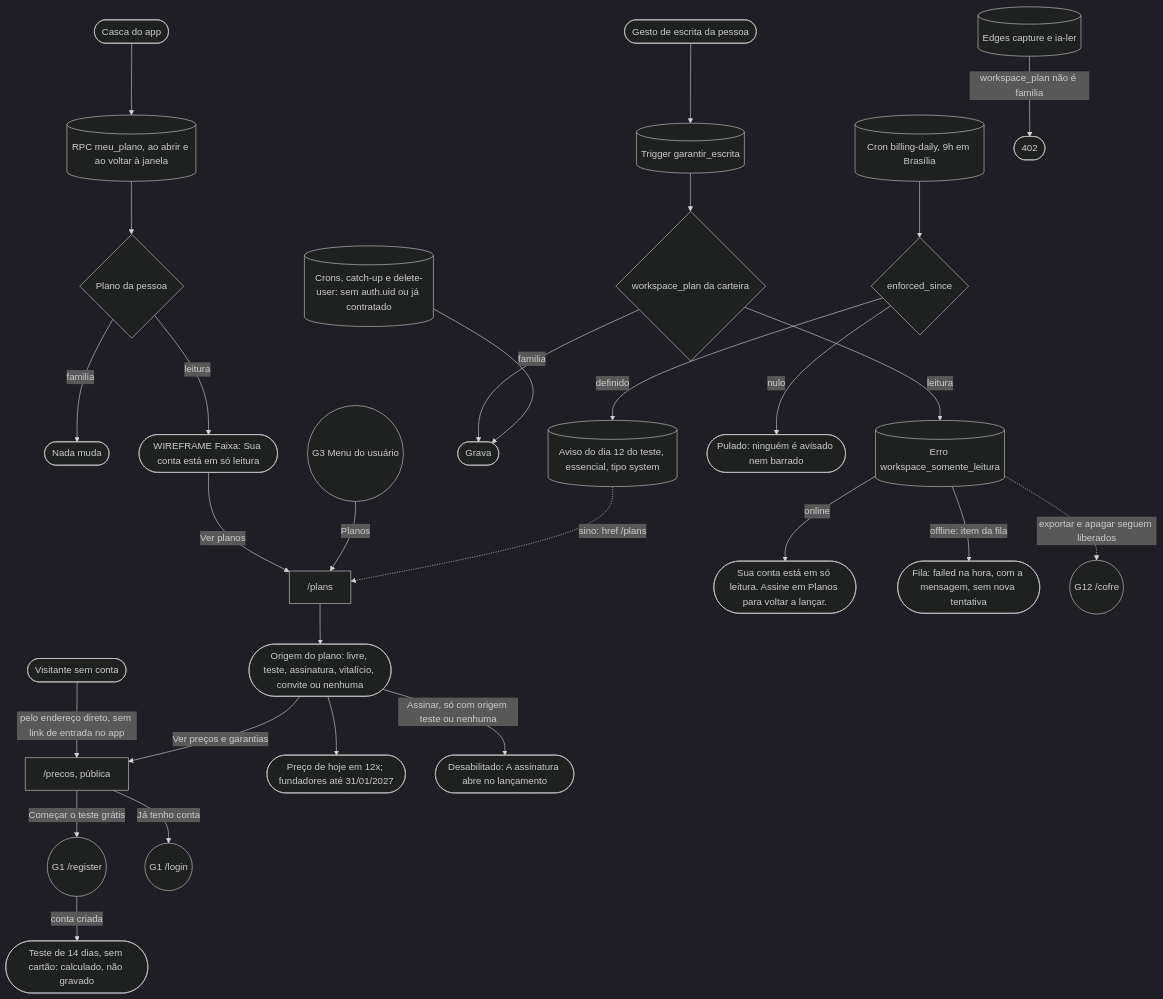
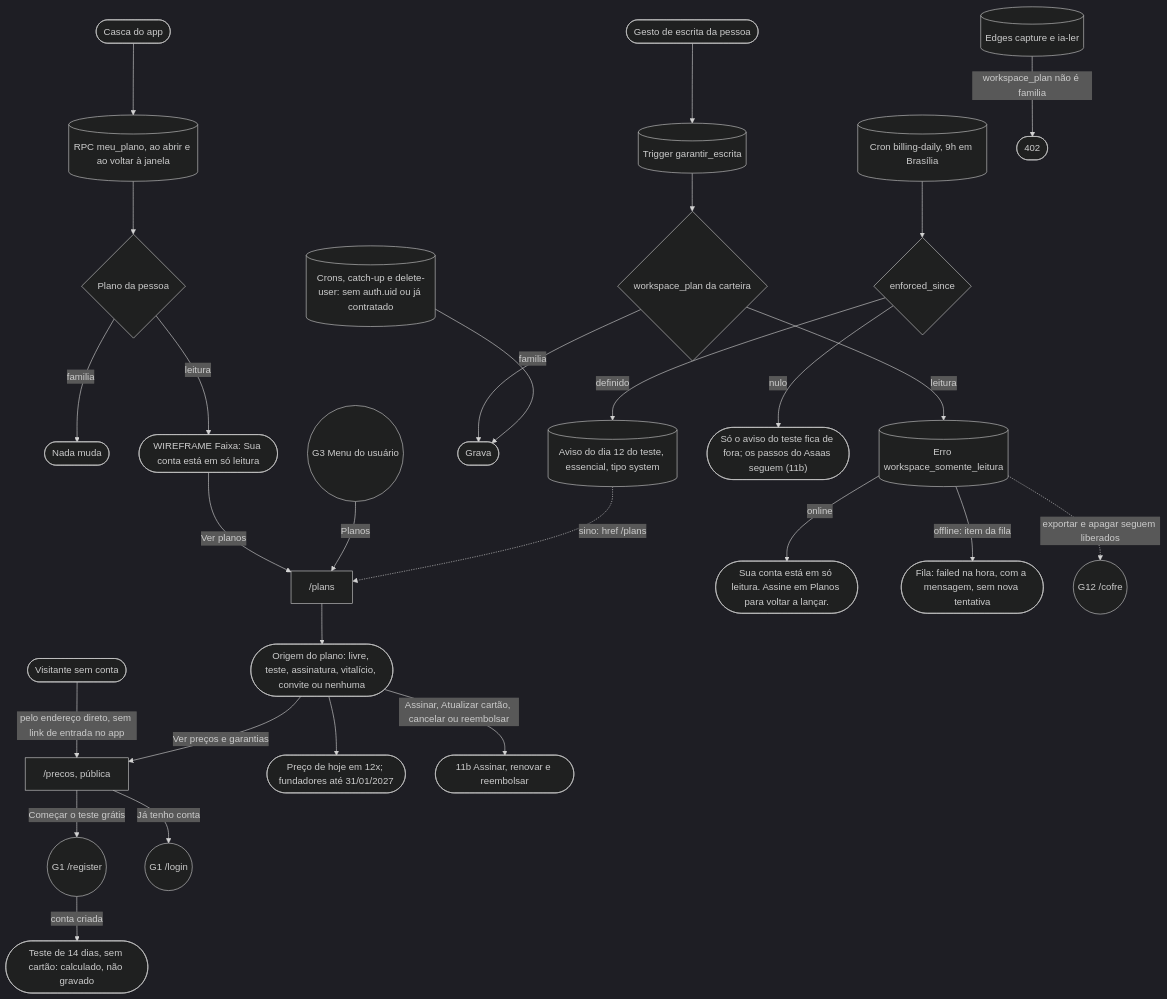
Before and after one commit to kauax2000/finance_app: diagram 16 of 30 in docs/JORNADAS.md, drawn with Mermaid. The commit also changed other lines of this file and 8 other files, not shown here.

````diff
--- a/docs/JORNADAS.md
+++ b/docs/JORNADAS.md
@@ -1244,34 +1249,34 @@
 ```mermaid
 %%{init: {"theme": "dark"}}%%
 flowchart TD
     visitor(["Visitante sem conta"]) -->|"pelo endereço direto, sem link de entrada no app"| precos["/precos, pública"]
     precos -->|"Começar o teste grátis"| G1r(("G1 /register"))
     precos -->|"Já tenho conta"| G1l(("G1 /login"))
     G1r -->|"conta criada"| trial(["Teste de 14 dias, sem cartão: calculado, não gravado"])
 
     shell(["Casca do app"]) --> mine[("RPC meu_plano, ao abrir e ao voltar à janela")]
     mine --> state{"Plano da pessoa"}
     state -->|"familia"| free(["Nada muda"])
     state -->|"leitura"| banner(["WIREFRAME Faixa: Sua conta está em só leitura"])
     banner -->|"Ver planos"| plans["/plans"]
     userMenu(("G3 Menu do usuário")) -->|"Planos"| plans
     plans --> origin(["Origem do plano: livre, teste, assinatura, vitalício, convite ou nenhuma"])
     origin --> price(["Preço de hoje em 12x; fundadores até 31/01/2027"])
-    origin -->|"Assinar, só com origem teste ou nenhuma"| subscribe(["Desabilitado: A assinatura abre no lançamento"])
+    origin -->|"Assinar, Atualizar cartão, cancelar ou reembolsar"| buy(["11b Assinar, renovar e reembolsar"])
     origin -->|"Ver preços e garantias"| precos
 
     write(["Gesto de escrita da pessoa"]) --> trigger[("Trigger garantir_escrita")]
     trigger --> gate{"workspace_plan da carteira"}
     gate -->|"familia"| saved(["Grava"])
     gate -->|"leitura"| refused[("Erro workspace_somente_leitura")]
     refused -->|"online"| msg(["Sua conta está em só leitura. Assine em Planos para voltar a lançar."])
     refused -->|"offline: item da fila"| failed(["Fila: failed na hora, com a mensagem, sem nova tentativa"])
     refused -.->|"exportar e apagar seguem liberados"| G12(("G12 /cofre"))
     cronjobs[("Crons, catch-up e delete-user: sem auth.uid ou já contratado")] --> saved
 
     daily[("Cron billing-daily, 9h em Brasília")] --> off{"enforced_since"}
-    off -->|"nulo"| skip(["Pulado: ninguém é avisado nem barrado"])
+    off -->|"nulo"| skip(["Só o aviso do teste fica de fora; os passos do Asaas seguem (11b)"])
     off -->|"definido"| day12[("Aviso do dia 12 do teste, essencial, tipo system")]
     day12 -.->|"sino: href /plans"| plans
     capture[("Edges capture e ia-ler")] -->|"workspace_plan não é familia"| r402(["402"])
 ```
````
